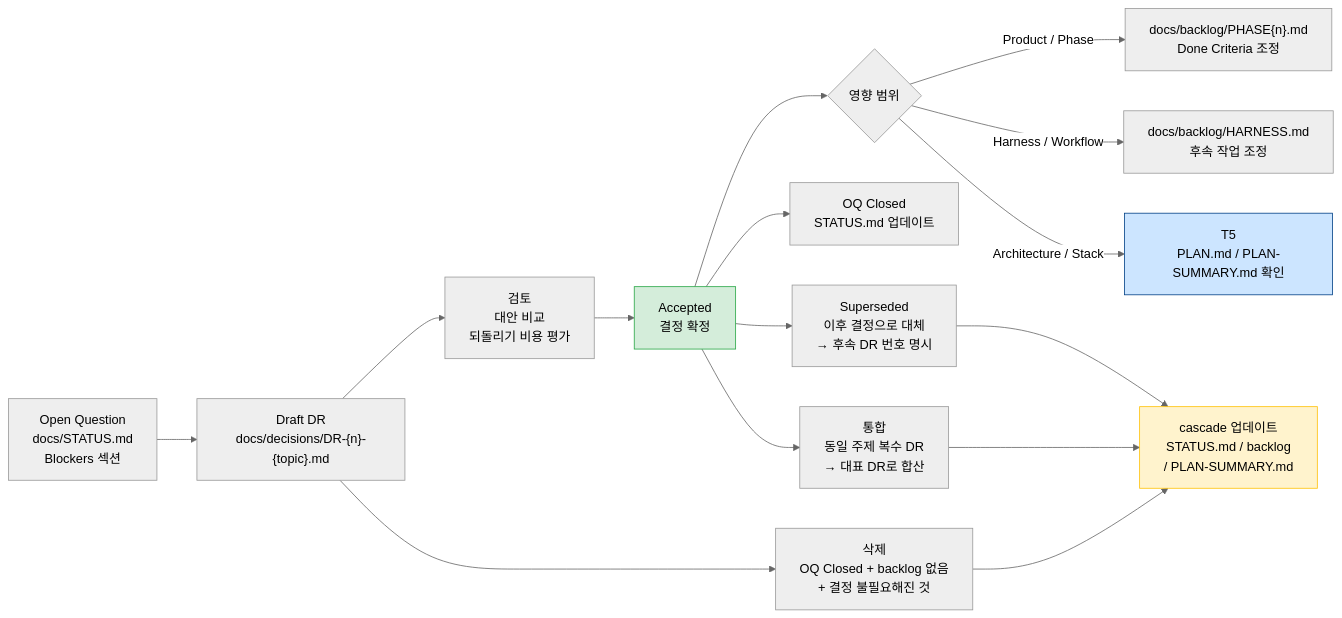
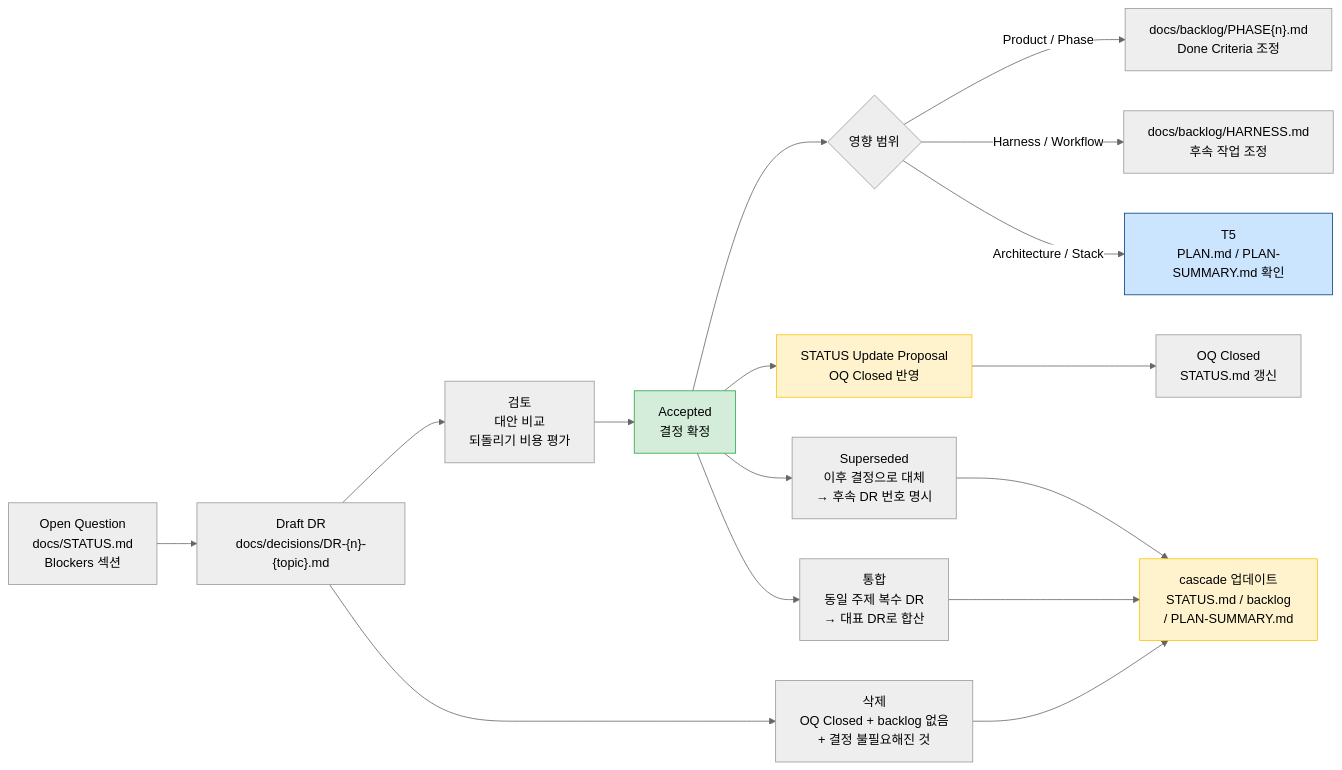
Diagram 12 of 13 in docs/WORKFLOW-MANUAL.md (kyungseo/ai-workflow-harness), drawn with Mermaid (neutral theme) before and after one commit. The commit also changed other lines of this file, not shown here.

````diff
--- a/docs/WORKFLOW-MANUAL.md
+++ b/docs/WORKFLOW-MANUAL.md
@@ -833,23 +853,25 @@
 ```mermaid
 flowchart LR
     OQ["Open Question\ndocs/STATUS.md\nBlockers 섹션"] --> DRAFT["Draft DR\ndocs/decisions/DR-{n}-{topic}.md"]
     DRAFT --> REVIEW["검토\n대안 비교\n되돌리기 비용 평가"]
     REVIEW --> ACCEPT["Accepted\n결정 확정"]
     ACCEPT --> ROUTE{영향 범위}
     ROUTE -- Product / Phase --> PBACKLOG["docs/backlog/PHASE{n}.md\nDone Criteria 조정"]
     ROUTE -- Harness / Workflow --> HBACKLOG["docs/backlog/HARNESS.md\n후속 작업 조정"]
     ROUTE -- Architecture / Stack --> PLAN["T5\nPLAN.md / PLAN-SUMMARY.md 확인"]
-    ACCEPT --> CLOSED["OQ Closed\nSTATUS.md 업데이트"]
+    ACCEPT --> STATUS_PROPOSAL["STATUS Update Proposal\nOQ Closed 반영"]
+    STATUS_PROPOSAL --> CLOSED["OQ Closed\nSTATUS.md 갱신"]
 
     ACCEPT --> SUPERSEDED["Superseded\n이후 결정으로 대체\n→ 후속 DR 번호 명시"]
     DRAFT --> DELETE["삭제\nOQ Closed + backlog 없음\n+ 결정 불필요해진 것"]
     ACCEPT --> MERGE["통합\n동일 주제 복수 DR\n→ 대표 DR로 합산"]
 
     SUPERSEDED --> CASCADE["cascade 업데이트\nSTATUS.md / backlog\n/ PLAN-SUMMARY.md"]
     DELETE --> CASCADE
     MERGE --> CASCADE
 
     style ACCEPT fill:#d4edda,stroke:#28a745
     style PLAN fill:#cce5ff,stroke:#004085
+    style STATUS_PROPOSAL fill:#fff3cd,stroke:#ffc107
     style CASCADE fill:#fff3cd,stroke:#ffc107
 ```
````
